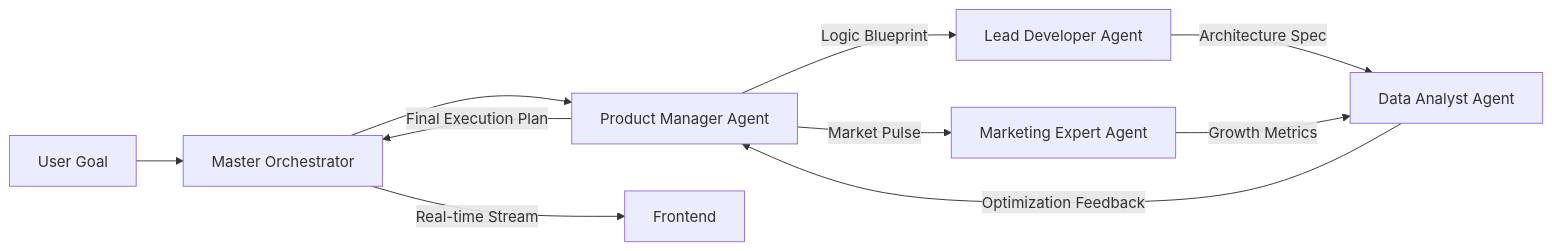
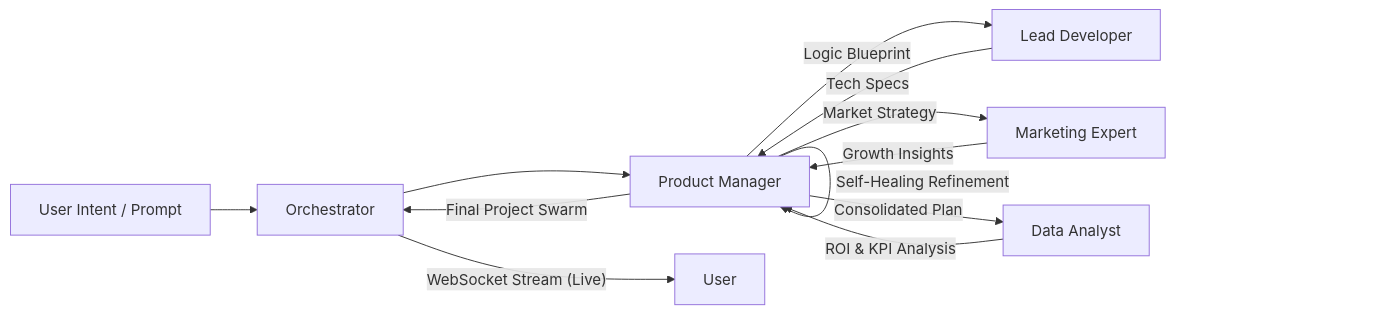
The second of 2 diagrams in README.md (sunkireddy-Barath/AutoPilot-AI-Workspace), drawn with Mermaid before and after one commit. The commit also changed other lines of this file, not shown here.

Commit message:
docs: Deep Architecture Expansion & MeDo Strategic Advantage Breakdown

````diff
--- a/README.md
+++ b/README.md
@@ -53,12 +76,19 @@
 ```mermaid
 graph LR
-    Goal[User Goal] --> ORC[Master Orchestrator]
-    ORC --> PM[Product Manager Agent]
-    PM -- "Logic Blueprint" --> DEV[Lead Developer Agent]
-    PM -- "Market Pulse" --> MKT[Marketing Expert Agent]
-    DEV -- "Architecture Spec" --> ANA[Data Analyst Agent]
-    MKT -- "Growth Metrics" --> ANA
-    ANA -- "Optimization Feedback" --> PM
-    PM -- "Final Execution Plan" --> ORC
-    ORC -- "Real-time Stream" --> Frontend
+    Goal["User Intent / Prompt"] --> ORC["Orchestrator"]
+    ORC --> PM["Product Manager"]
+    
+    PM -- "Logic Blueprint" --> DEV["Lead Developer"]
+    PM -- "Market Strategy" --> MKT["Marketing Expert"]
+    
+    DEV -- "Tech Specs" --> PM
+    MKT -- "Growth Insights" --> PM
+    
+    PM -- "Consolidated Plan" --> ANA["Data Analyst"]
+    ANA -- "ROI & KPI Analysis" --> PM
+    
+    PM -- "Self-Healing Refinement" --> PM
+    
+    PM -- "Final Project Swarm" --> ORC
+    ORC -- "WebSocket Stream (Live)" --> User
 ```
````
